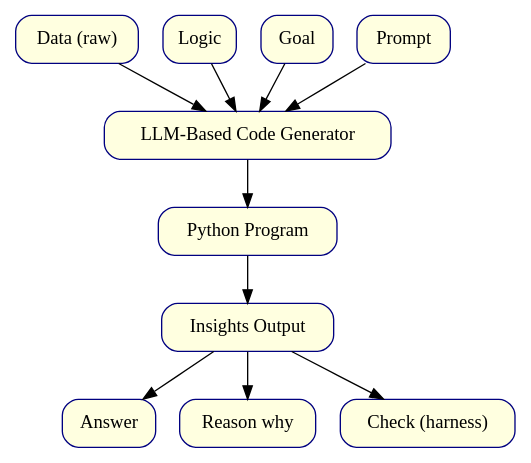
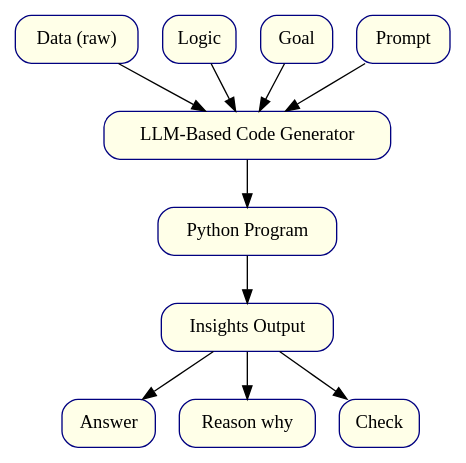
One commit to eyereasoner/eye changed the diagram in teaching/images/EYE-teaching.dot. Above: the diagram before and after it, drawn with Graphviz. The commit also changed 1 other file, not shown here.

```diff
--- a/teaching/images/EYE-teaching.dot
+++ b/teaching/images/EYE-teaching.dot
@@ -1,22 +1,22 @@
 digraph {
 	bgcolor=white fontname=Helvetica rankdir=TB
-	Data [label="Data (raw)" color=navy fillcolor="#FFFFE0" shape=box style="rounded,filled"]
-	Logic [label=Logic color=navy fillcolor="#FFFFE0" shape=box style="rounded,filled"]
-	Goal [label=Goal color=navy fillcolor="#FFFFE0" shape=box style="rounded,filled"]
-	Prompt [label=Prompt color=navy fillcolor="#FFFFE0" shape=box style="rounded,filled"]
-	LLM [label="LLM-Based Code Generator" color=navy fillcolor="#FFFFE0" shape=box style="rounded,filled"]
-	PythonProgram [label="Python Program" color=navy fillcolor="#FFFFE0" shape=box style="rounded,filled"]
-	Insights [label="Insights Output" color=navy fillcolor="#FFFFE0" shape=box style="rounded,filled"]
-	Answer [label=Answer color=navy fillcolor="#FFFFE0" shape=box style="rounded,filled"]
+	Data [label="Data (raw)" color=navy fillcolor="#FFFFE8" shape=box style="rounded,filled"]
+	Logic [label=Logic color=navy fillcolor="#FFFFE8" shape=box style="rounded,filled"]
+	Goal [label=Goal color=navy fillcolor="#FFFFE8" shape=box style="rounded,filled"]
+	Prompt [label=Prompt color=navy fillcolor="#FFFFE8" shape=box style="rounded,filled"]
+	LLM [label="LLM-Based Code Generator" color=navy fillcolor="#FFFFE8" shape=box style="rounded,filled"]
+	PythonProgram [label="Python Program" color=navy fillcolor="#FFFFE8" shape=box style="rounded,filled"]
+	Insights [label="Insights Output" color=navy fillcolor="#FFFFE8" shape=box style="rounded,filled"]
+	Answer [label=Answer color=navy fillcolor="#FFFFE8" shape=box style="rounded,filled"]
 	Insights -> Answer
-	Reasoning [label="Reason why" color=navy fillcolor="#FFFFE0" shape=box style="rounded,filled"]
-	Insights -> Reasoning
-	Check [label="Check (harness)" color=navy fillcolor="#FFFFE0" shape=box style="rounded,filled"]
+	Reason [label="Reason why" color=navy fillcolor="#FFFFE8" shape=box style="rounded,filled"]
+	Insights -> Reason
+	Check [label=Check color=navy fillcolor="#FFFFE8" shape=box style="rounded,filled"]
 	Insights -> Check
 	Data -> LLM
 	Logic -> LLM
 	Goal -> LLM
 	Prompt -> LLM
 	LLM -> PythonProgram
 	PythonProgram -> Insights
 }
```
